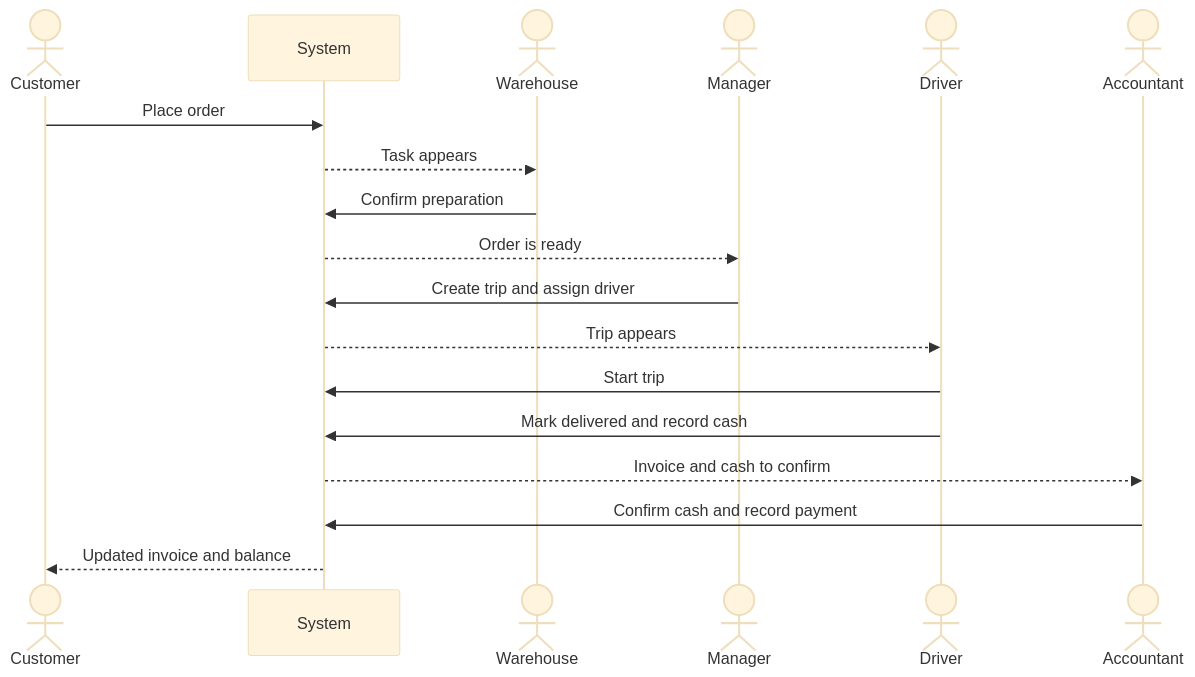
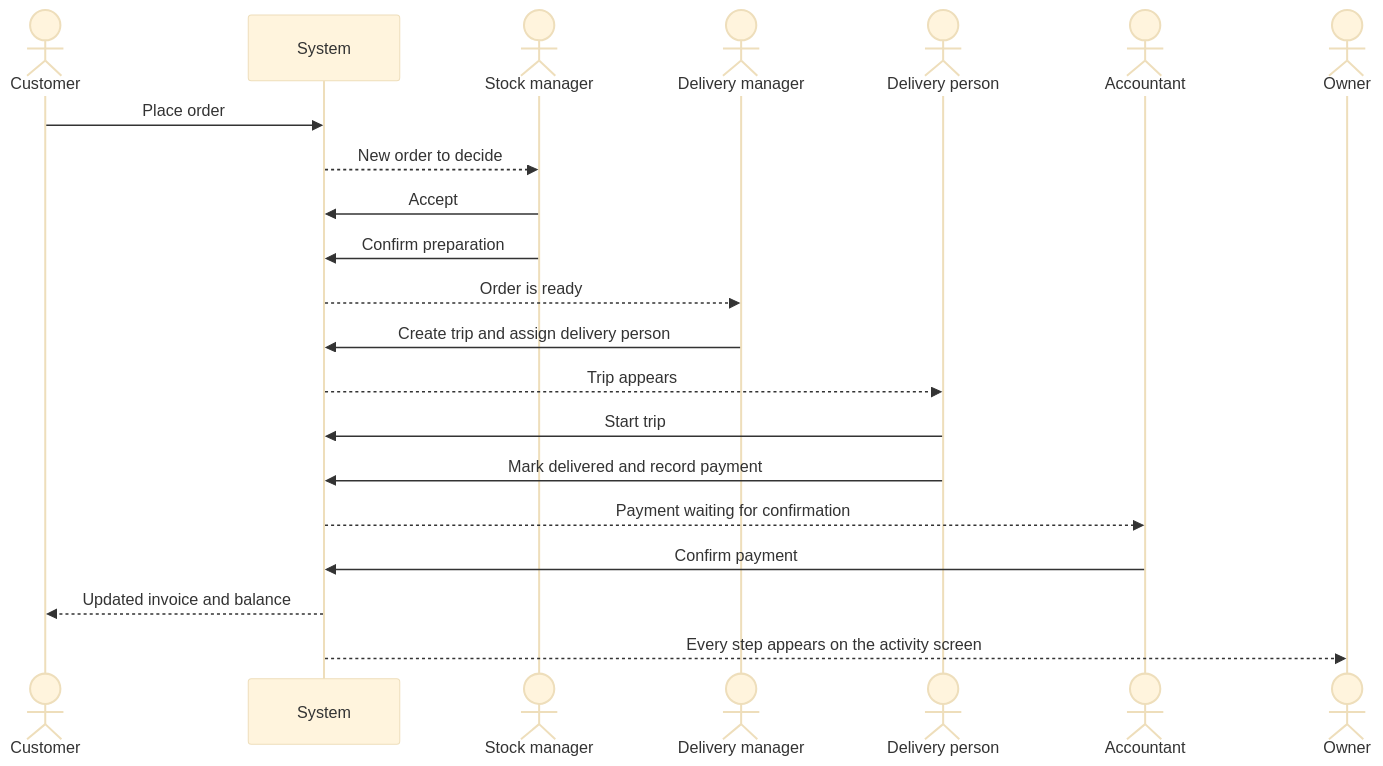
One commit to AhmedElnagarUU/Cosmo changed the first of 7 diagrams in docs/journeys/02-employee-journeys.md. Above: the diagram before and after it, drawn with Mermaid (base theme). The commit also changed other lines of this file and 33 other files, not shown here.

First line of the commit message:
Update plan: manual order acceptance, new roles, payment confirmation

````diff
--- a/docs/journeys/02-employee-journeys.md
+++ b/docs/journeys/02-employee-journeys.md
@@ -9,21 +9,24 @@
 ```mermaid
 sequenceDiagram
     actor C as Customer
     participant S as System
-    actor W as Warehouse
-    actor M as Manager
-    actor D as Driver
+    actor K as Stock manager
+    actor M as Delivery manager
+    actor D as Delivery person
     actor A as Accountant
+    actor O as Owner
 
     C->>S: Place order
-    S-->>W: Task appears
-    W->>S: Confirm preparation
+    S-->>K: New order to decide
+    K->>S: Accept
+    K->>S: Confirm preparation
     S-->>M: Order is ready
-    M->>S: Create trip and assign driver
+    M->>S: Create trip and assign delivery person
     S-->>D: Trip appears
     D->>S: Start trip
-    D->>S: Mark delivered and record cash
-    S-->>A: Invoice and cash to confirm
-    A->>S: Confirm cash and record payment
+    D->>S: Mark delivered and record payment
+    S-->>A: Payment waiting for confirmation
+    A->>S: Confirm payment
     S-->>C: Updated invoice and balance
+    S-->>O: Every step appears on the activity screen
 ```
````
